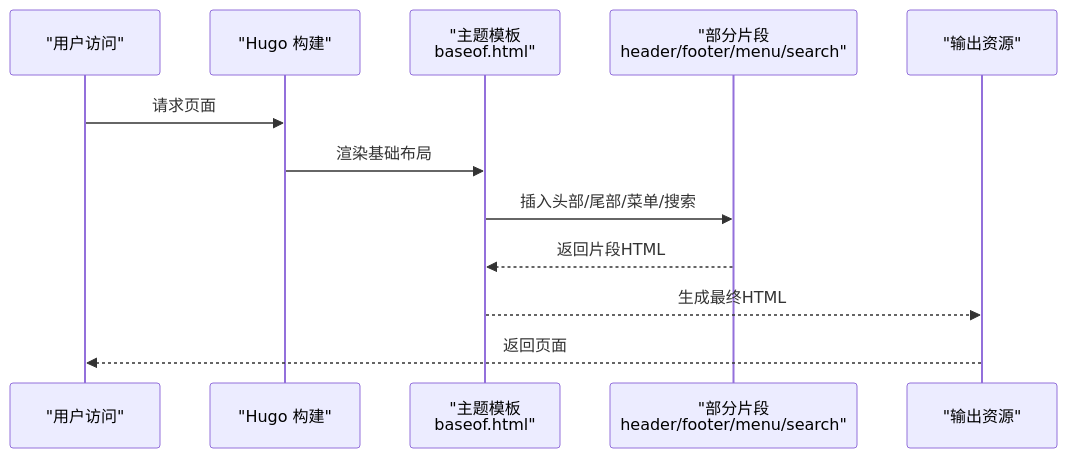
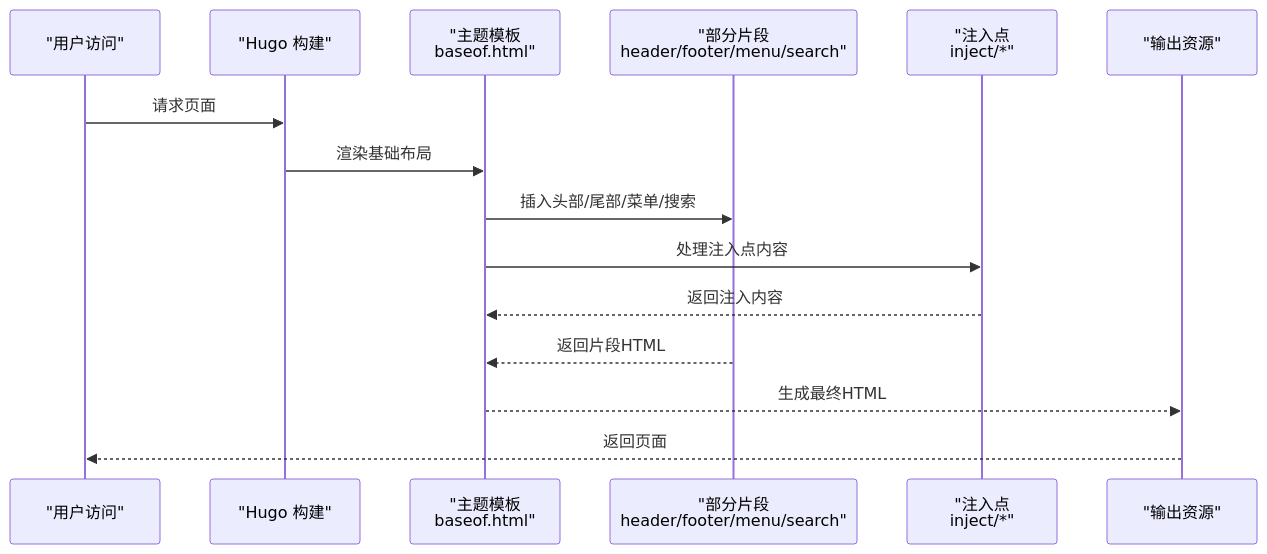
Before and after one commit to nianjiang/nianjiang.github.io: the third of 9 diagrams in .qoder/repowiki/zh/content/主题定制/主题定制.md, drawn with Mermaid. The commit also changed other lines of this file and 21 other files, not shown here.

````diff
--- a/.qoder/repowiki/zh/content/主题定制/主题定制.md
+++ b/.qoder/repowiki/zh/content/主题定制/主题定制.md
@@ -187,14 +211,17 @@
 ```mermaid
 sequenceDiagram
 participant U as "用户访问"
 participant H as "Hugo 构建"
 participant T as "主题模板<br/>baseof.html"
 participant P as "部分片段<br/>header/footer/menu/search"
+participant I as "注入点<br/>inject/*"
 participant R as "输出资源"
 U->>H : 请求页面
 H->>T : 渲染基础布局
 T->>P : 插入头部/尾部/菜单/搜索
+T->>I : 处理注入点内容
+I-->>T : 返回注入内容
 P-->>T : 返回片段HTML
 T-->>R : 生成最终HTML
 R-->>U : 返回页面
 ```
````
